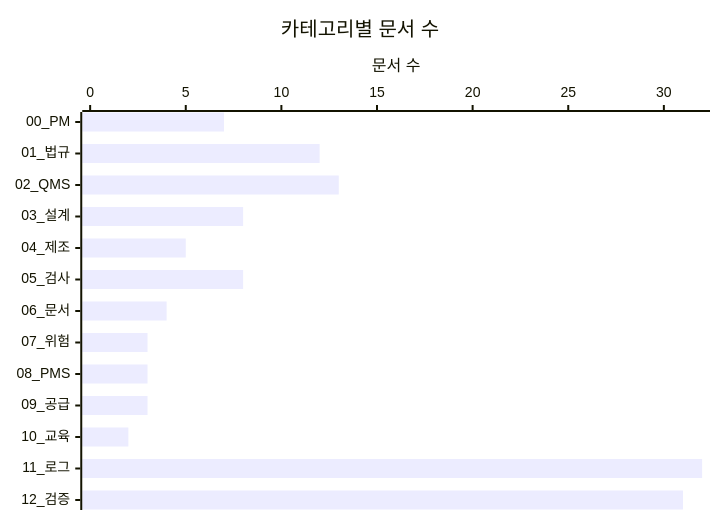
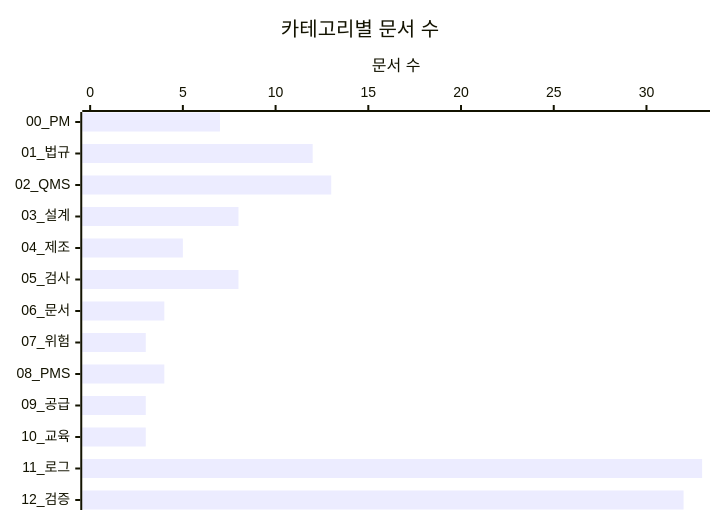
Before and after one commit to holee9/MD-process: the second of 4 diagrams in README.md, drawn with Mermaid. The commit also changed other lines of this file, not shown here.

````diff
--- a/README.md
+++ b/README.md
@@ -98,8 +98,8 @@
 ```mermaid
 %%{init: {"theme":"default"}}%%
 xychart-beta horizontal
     title "카테고리별 문서 수"
     x-axis ["00_PM","01_법규","02_QMS","03_설계","04_제조","05_검사","06_문서","07_위험","08_PMS","09_공급","10_교육","11_로그","12_검증"]
-    y-axis "문서 수" 0 --> 32
-    bar [7,12,13,8,5,8,4,3,3,3,2,32,31]
+    y-axis "문서 수" 0 --> 33
+    bar [7,12,13,8,5,8,4,3,4,3,3,33,32]
 ```
````
